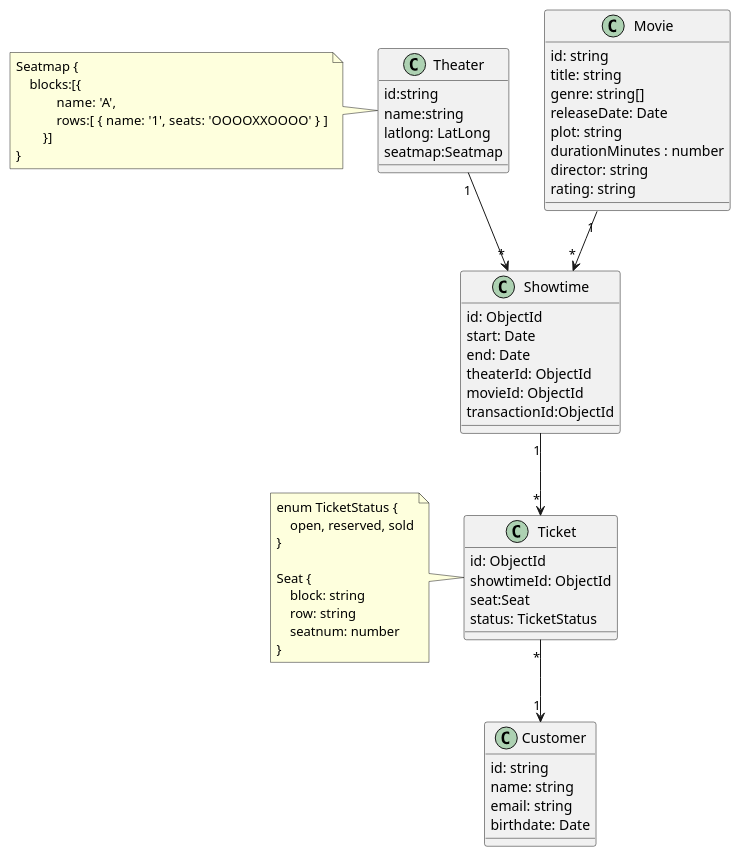
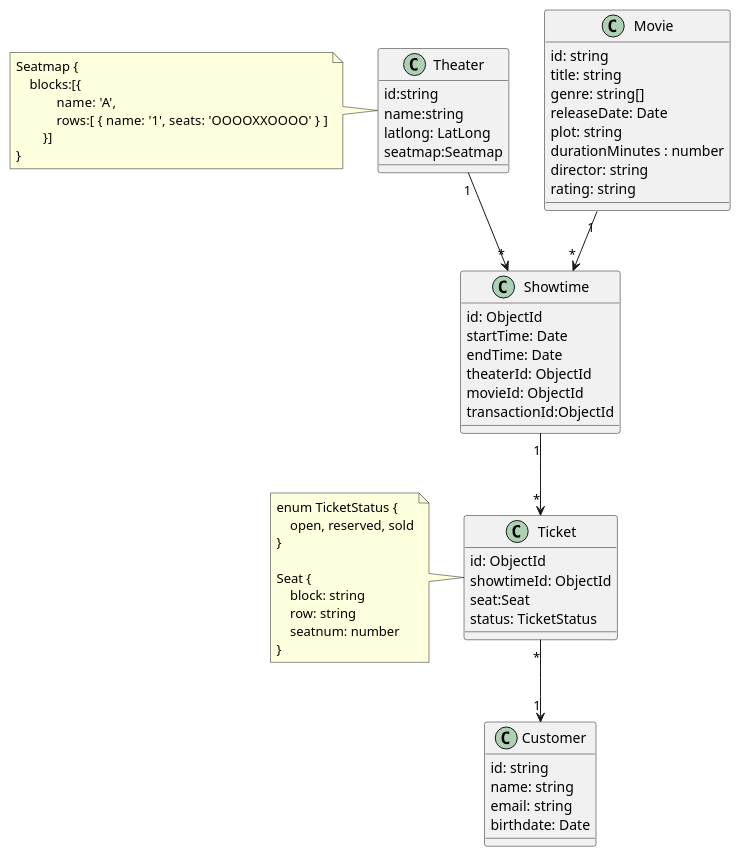
One commit to songminkyu/nest-msa changed the diagram in docs/ko/designs/entities.md. Above: the diagram before and after it, drawn with PlantUML. The commit also changed 10 other files, not shown here.

````diff
--- a/docs/ko/designs/entities.md
+++ b/docs/ko/designs/entities.md
@@ -3,69 +3,69 @@
 ```plantuml
 @startuml
 class Customer {
     id: string
     name: string
     email: string
     birthdate: Date
 }
 
 class Movie {
     id: string
     title: string
     genre: string[]
     releaseDate: Date
     plot: string
     durationMinutes : number
     director: string
     rating: string
 }
 
 class Theater{
     id:string
     name:string
     latlong: LatLong
     seatmap:Seatmap
 }
 note left
 Seatmap {
     blocks:[{
             name: 'A',
             rows:[ {  name: '1', seats: 'OOOOXXOOOO' } ]
         }]
 }
 end note
 
 class Showtime {
     id: ObjectId
-    start: Date
-    end: Date
+    startTime: Date
+    endTime: Date
     theaterId: ObjectId
     movieId: ObjectId
     transactionId:ObjectId
 }
 
 class Ticket {
     id: ObjectId
     showtimeId: ObjectId
     seat:Seat
     status: TicketStatus
 }
 
 note left
 enum TicketStatus {
     open, reserved, sold
 }
 
 Seat {
     block: string
     row: string
     seatnum: number
 }
 end note
 
 Showtime "1" --> "*" Ticket
 Movie "1" --> "*" Showtime
 Theater "1" --> "*" Showtime
 Ticket "*" --> "1" Customer
 @enduml
 ```
````
